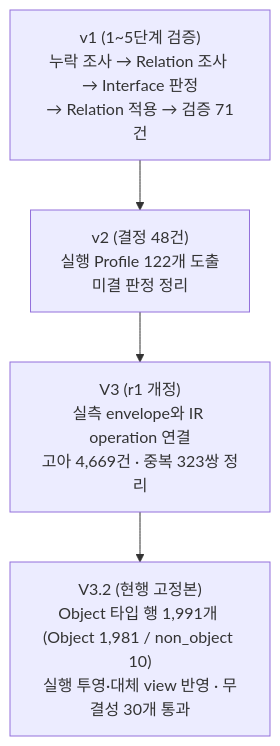
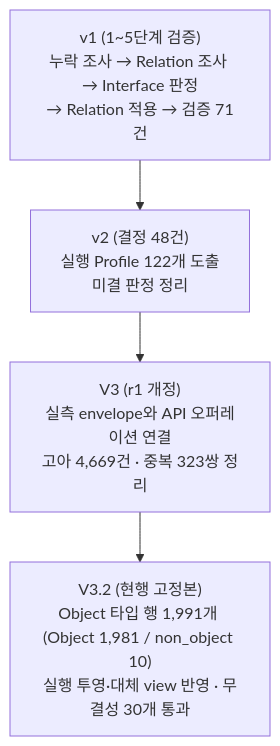
The diagram in docs/02-methodology/03-im-object-modeling.md (AEGI-Inc/aegi-framework), drawn with Mermaid before and after one commit. The commit also changed 5 other files, not shown here.

````diff
--- a/docs/02-methodology/03-im-object-modeling.md
+++ b/docs/02-methodology/03-im-object-modeling.md
@@ -27,8 +27,8 @@
 ```mermaid
 flowchart TB
   V1["v1 (1~5단계 검증)<br/>누락 조사 → Relation 조사 → Interface 판정<br/>→ Relation 적용 → 검증 71건"]
   V2["v2 (결정 48건)<br/>실행 Profile 122개 도출<br/>미결 판정 정리"]
-  V3["V3 (r1 개정)<br/>실측 envelope와 IR operation 연결<br/>고아 4,669건 · 중복 323쌍 정리"]
+  V3["V3 (r1 개정)<br/>실측 envelope와 API 오퍼레이션 연결<br/>고아 4,669건 · 중복 323쌍 정리"]
   V32["V3.2 (현행 고정본)<br/>Object 타입 행 1,991개 (Object 1,981 / non_object 10)<br/>실행 투영·대체 view 반영 · 무결성 30개 통과"]
   V1 --> V2 --> V3 --> V32
 ```
````
